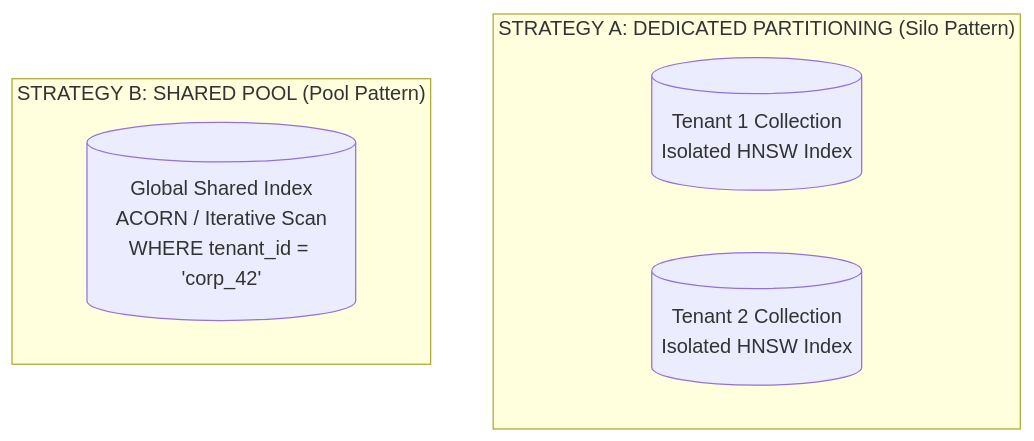
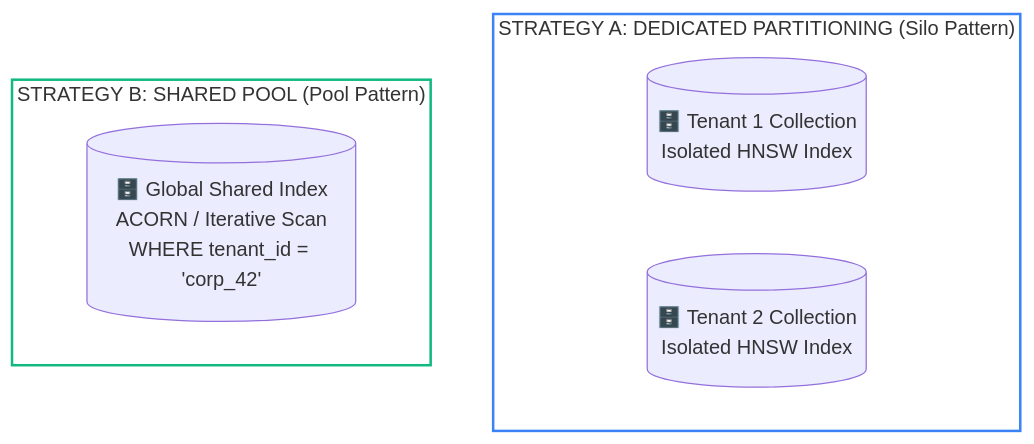
Before and after one commit to dip4k/senior-engineer-to-ai-engineer-roadmap: the fourth of 4 diagrams in 02-rag-and-knowledge-systems/05-predicate-filtering-and-acorn.md, drawn with Mermaid. The commit also changed other lines of this file and 39 other files, not shown here.

First line of the commit message:
feat(curriculum): upgrade mermaid diagrams with unicode icons & codify anti-bloat layout rules

````diff
--- a/02-rag-and-knowledge-systems/05-predicate-filtering-and-acorn.md
+++ b/02-rag-and-knowledge-systems/05-predicate-filtering-and-acorn.md
@@ -167,11 +170,13 @@
 ```mermaid
 flowchart TD
     subgraph Dedicated["STRATEGY A: DEDICATED PARTITIONING (Silo Pattern)"]
-        T1_DB[("Tenant 1 Collection<br>Isolated HNSW Index")]
-        T2_DB[("Tenant 2 Collection<br>Isolated HNSW Index")]
+        T1_DB[("🗄️ Tenant 1 Collection<br>Isolated HNSW Index")]
+        T2_DB[("🗄️ Tenant 2 Collection<br>Isolated HNSW Index")]
     end
 
     subgraph Shared["STRATEGY B: SHARED POOL (Pool Pattern)"]
-        Shared_DB[("Global Shared Index<br>ACORN / Iterative Scan<br>WHERE tenant_id = 'corp_42'")]
+        Shared_DB[("🗄️ Global Shared Index<br>ACORN / Iterative Scan<br>WHERE tenant_id = 'corp_42'")]
     end
+    style Dedicated fill:none,stroke:#3b82f6,stroke-width:2px;
+    style Shared fill:none,stroke:#10b981,stroke-width:2px;
 ```
````
